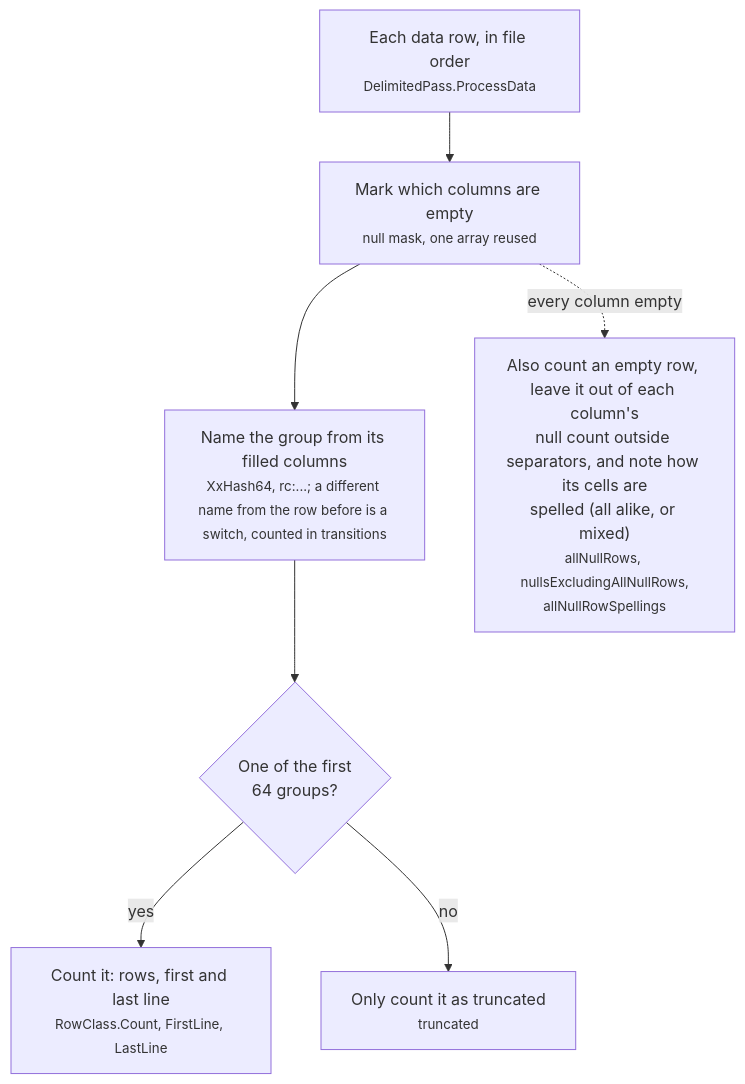
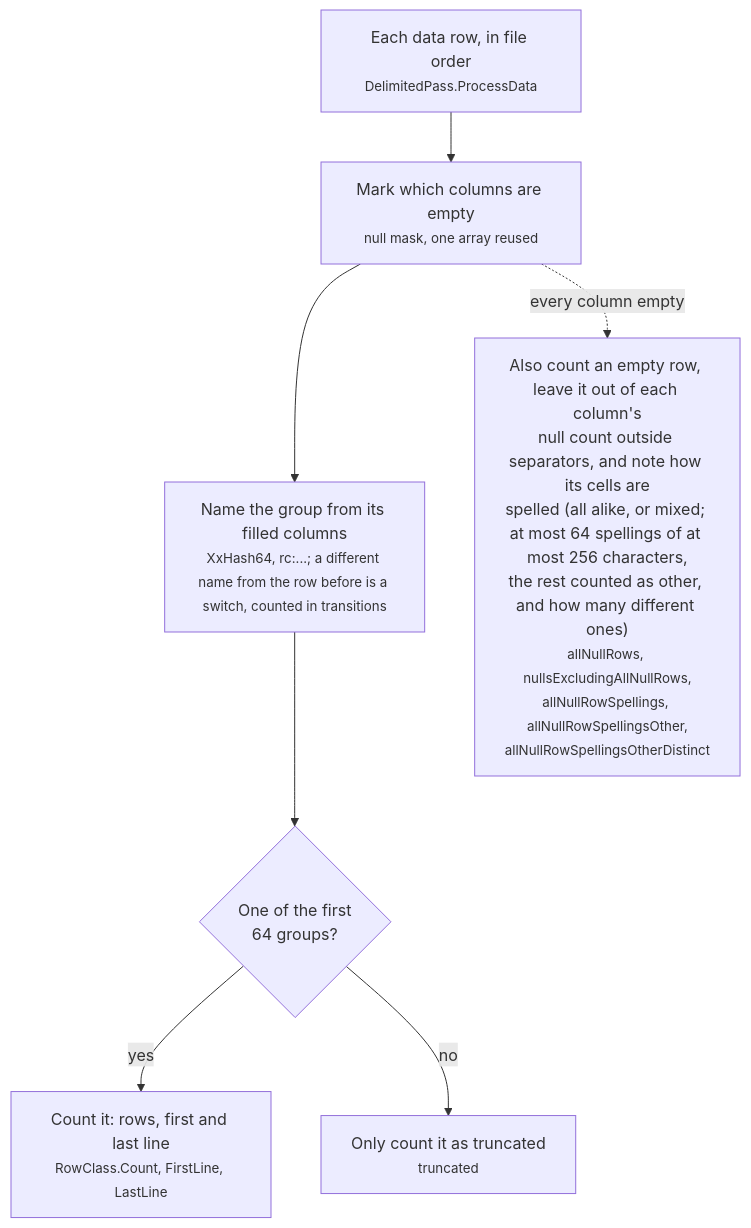
Diagram 29 of 31 in docs/how-it-works.md (squalor-xyz/squalify), drawn with Mermaid before and after one commit. The commit also changed other lines of this file and 3 other files, not shown here.

````diff
--- a/docs/how-it-works.md
+++ b/docs/how-it-works.md
@@ -472,9 +472,9 @@
 ```mermaid
 flowchart TD
     R["Each data row, in file order<br/><small>DelimitedPass.ProcessData</small>"] --> M["Mark which columns are empty<br/><small>null mask, one array reused</small>"]
     M --> N["Name the group from its filled columns<br/><small>XxHash64, rc:...; a different name from the row before is a switch, counted in transitions</small>"]
     N --> K{"One of the first<br/>64 groups?"}
     K -- "yes" --> C["Count it: rows, first and last line<br/><small>RowClass.Count, FirstLine, LastLine</small>"]
     K -- "no" --> T["Only count it as truncated<br/><small>truncated</small>"]
-    M -. "every column empty" .-> E["Also count an empty row, leave it out of each column's<br/>null count outside separators, and note how its cells are<br/>spelled (all alike, or mixed)<br/><small>allNullRows, nullsExcludingAllNullRows,<br/>allNullRowSpellings</small>"]
+    M -. "every column empty" .-> E["Also count an empty row, leave it out of each column's<br/>null count outside separators, and note how its cells are<br/>spelled (all alike, or mixed; at most 64 spellings of at most 256 characters,<br/>the rest counted as other, and how many different ones)<br/><small>allNullRows, nullsExcludingAllNullRows,<br/>allNullRowSpellings, allNullRowSpellingsOther,<br/>allNullRowSpellingsOtherDistinct</small>"]
 ```
````
